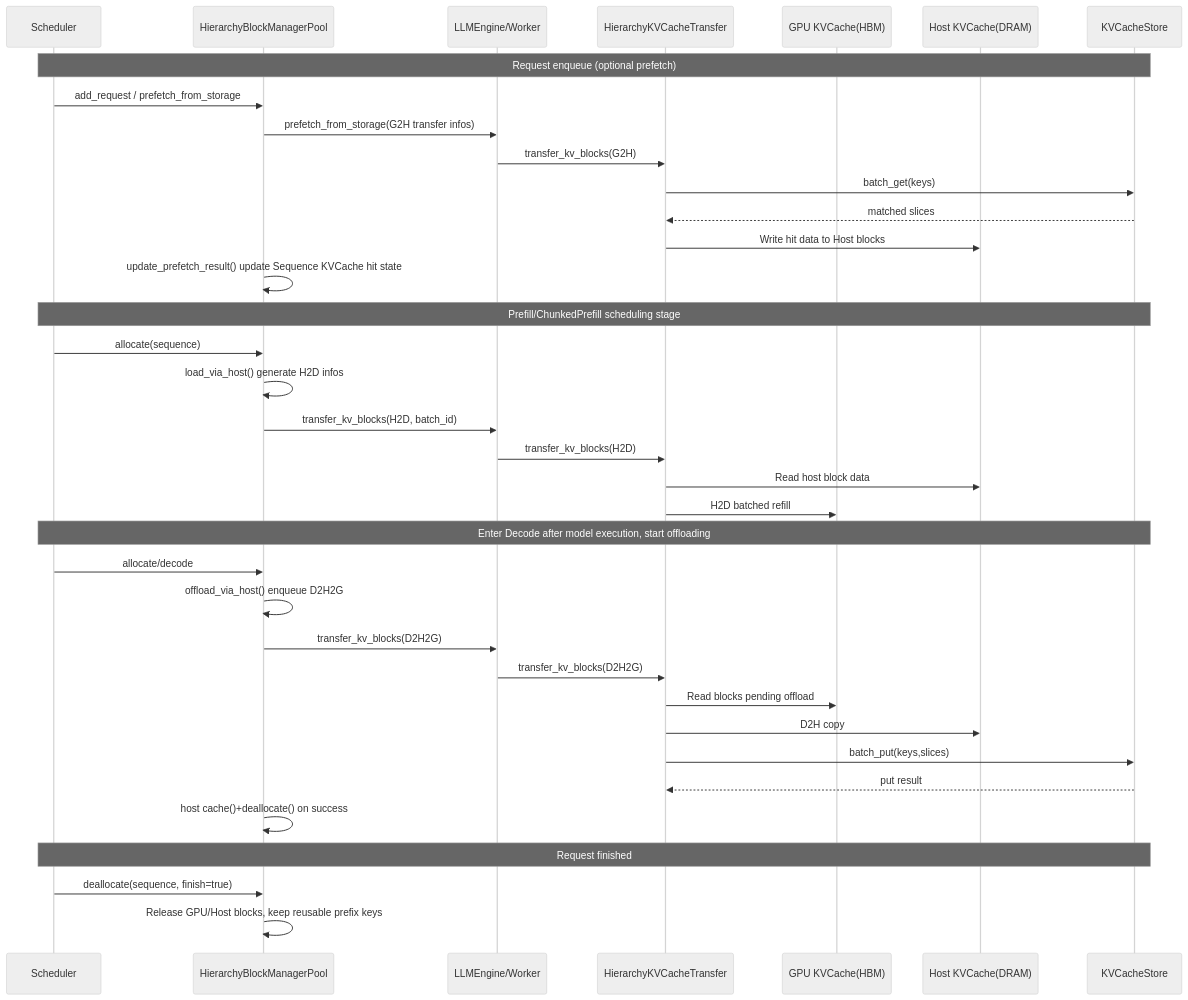
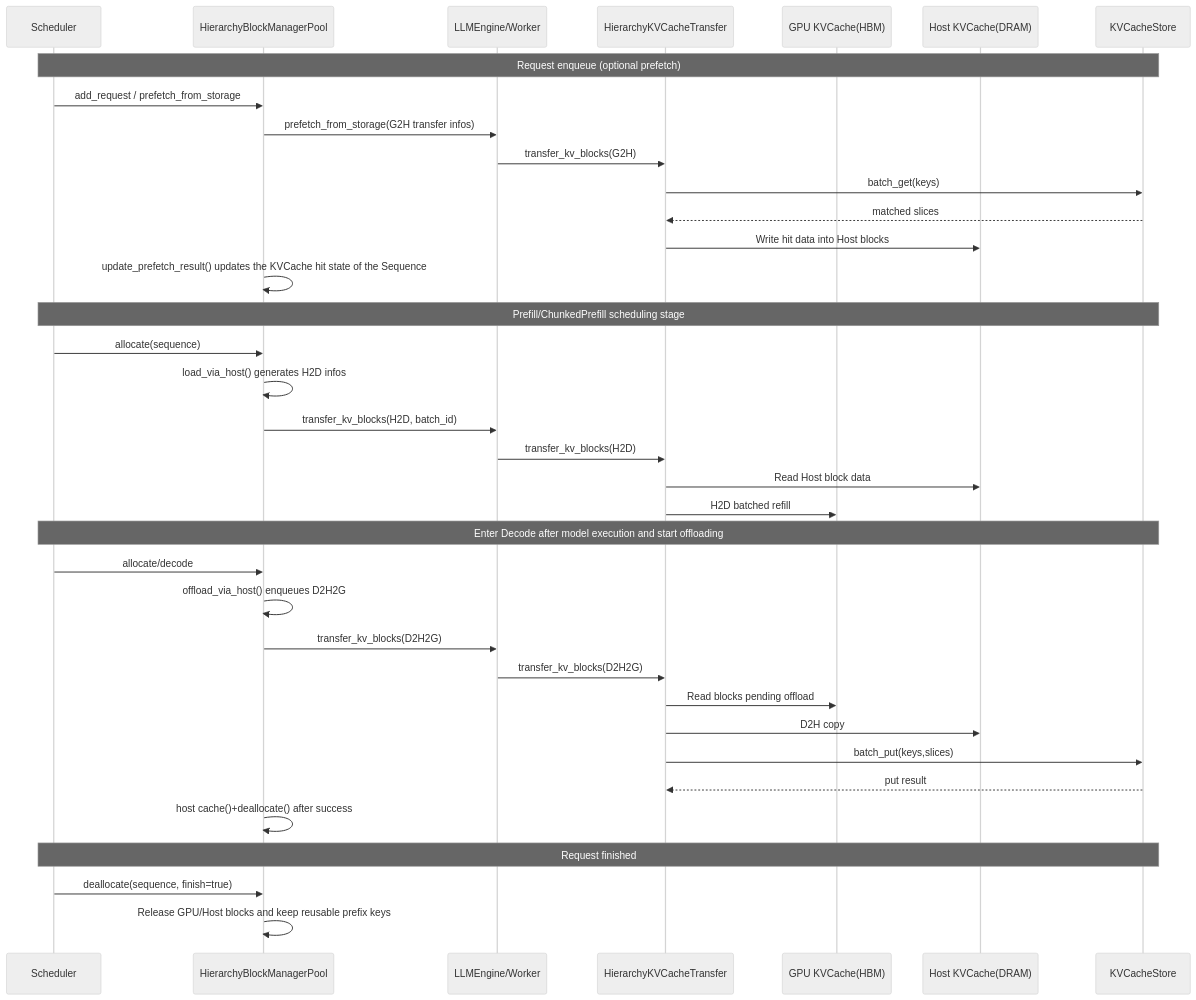
One commit to jd-opensource/xllm changed the first of 2 diagrams in docs/en/features/hierarchy_kvcache.md. Above: the diagram before and after it, drawn with Mermaid (neutral theme). The commit also changed other lines of this file and 23 other files, not shown here.

````diff
--- a/docs/en/features/hierarchy_kvcache.md
+++ b/docs/en/features/hierarchy_kvcache.md
@@ -126,42 +83,42 @@
 ```mermaid
 sequenceDiagram
     participant Sch as Scheduler
     participant Pool as HierarchyBlockManagerPool
     participant Eng as LLMEngine/Worker
     participant Tr as HierarchyKVCacheTransfer
     participant GPU as GPU KVCache(HBM)
     participant Host as Host KVCache(DRAM)
     participant Store as KVCacheStore
 
     Note over Sch,Store: Request enqueue (optional prefetch)
     Sch->>Pool: add_request / prefetch_from_storage
     Pool->>Eng: prefetch_from_storage(G2H transfer infos)
     Eng->>Tr: transfer_kv_blocks(G2H)
     Tr->>Store: batch_get(keys)
     Store-->>Tr: matched slices
-    Tr->>Host: Write hit data to Host blocks
-    Pool->>Pool: update_prefetch_result() update Sequence KVCache hit state
+    Tr->>Host: Write hit data into Host blocks
+    Pool->>Pool: update_prefetch_result() updates the KVCache hit state of the Sequence
 
     Note over Sch,Store: Prefill/ChunkedPrefill scheduling stage
     Sch->>Pool: allocate(sequence)
-    Pool->>Pool: load_via_host() generate H2D infos
+    Pool->>Pool: load_via_host() generates H2D infos
     Pool->>Eng: transfer_kv_blocks(H2D, batch_id)
     Eng->>Tr: transfer_kv_blocks(H2D)
-    Tr->>Host: Read host block data
+    Tr->>Host: Read Host block data
     Tr->>GPU: H2D batched refill
 
-    Note over Sch,Store: Enter Decode after model execution, start offloading
+    Note over Sch,Store: Enter Decode after model execution and start offloading
     Sch->>Pool: allocate/decode
-    Pool->>Pool: offload_via_host() enqueue D2H2G
+    Pool->>Pool: offload_via_host() enqueues D2H2G
     Pool->>Eng: transfer_kv_blocks(D2H2G)
     Eng->>Tr: transfer_kv_blocks(D2H2G)
     Tr->>GPU: Read blocks pending offload
     Tr->>Host: D2H copy
     Tr->>Store: batch_put(keys,slices)
     Store-->>Tr: put result
-    Pool->>Pool: host cache()+deallocate() on success
+    Pool->>Pool: host cache()+deallocate() after success
 
     Note over Sch,Store: Request finished
     Sch->>Pool: deallocate(sequence, finish=true)
-    Pool->>Pool: Release GPU/Host blocks, keep reusable prefix keys
+    Pool->>Pool: Release GPU/Host blocks and keep reusable prefix keys
 ```
````
